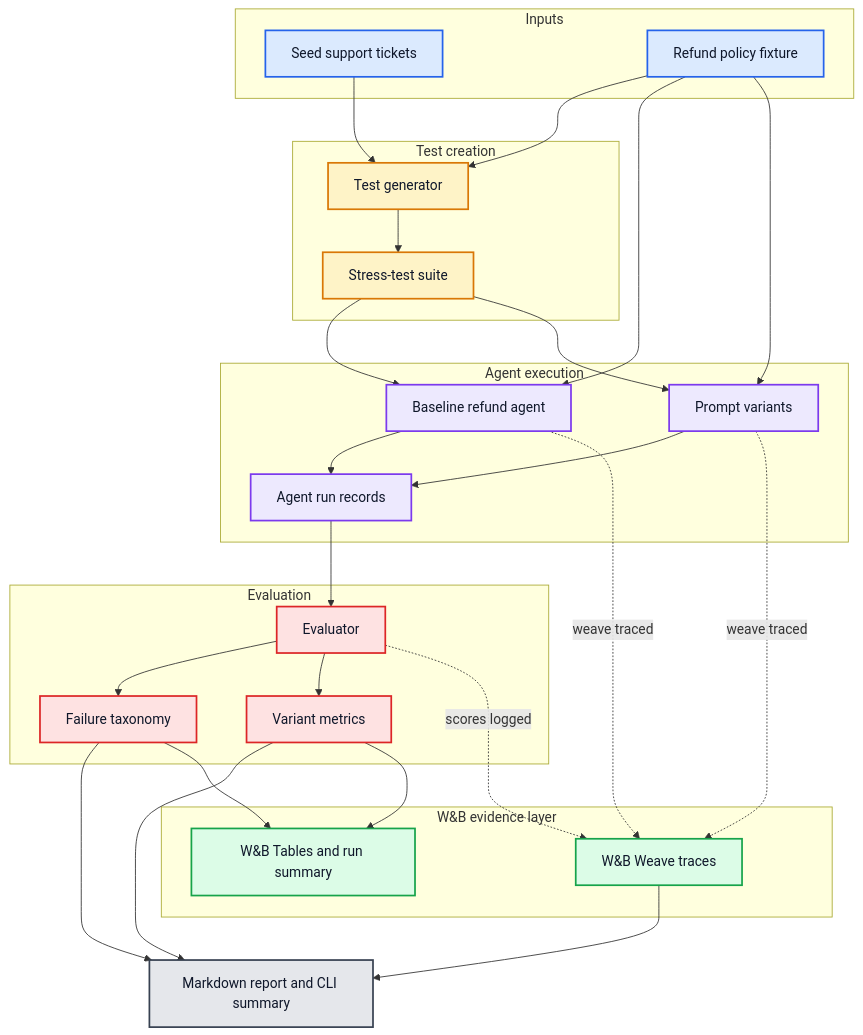
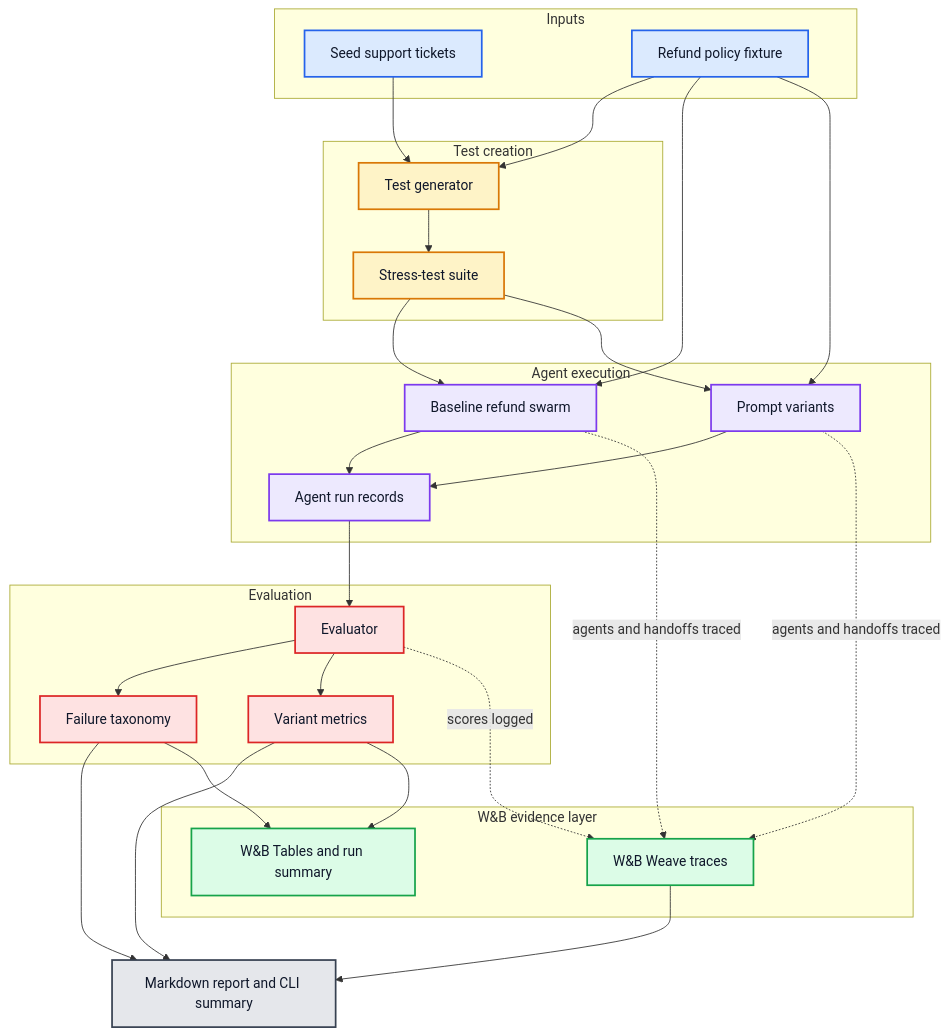
One commit to vyahhi/swarm-checkup changed the first of 2 diagrams in docs/how-it-works.md. Above: the diagram before and after it, drawn with Mermaid. The commit also changed other lines of this file and 20 other files, not shown here.

Commit message:
Add swarm support to agent checkup

````diff
--- a/docs/how-it-works.md
+++ b/docs/how-it-works.md
@@ -7,66 +7,66 @@
 ```mermaid
 flowchart TB
     subgraph Inputs[Inputs]
         A[Seed support tickets]
         P[Refund policy fixture]
     end
 
     subgraph TestCreation[Test creation]
         B[Test generator]
         C[Stress-test suite]
     end
 
     subgraph Execution[Agent execution]
-        D[Baseline refund agent]
+        D[Baseline refund swarm]
         E[Prompt variants]
         F[Agent run records]
     end
 
     subgraph Evaluation[Evaluation]
         G[Evaluator]
         H[Failure taxonomy]
         I[Variant metrics]
     end
 
     subgraph Evidence[W&B evidence layer]
         W[W&B Weave traces]
         K[W&B Tables and run summary]
     end
 
     J[Markdown report and CLI summary]
 
     A --> B
     P --> B
     B --> C
     C --> D
     C --> E
     P --> D
     P --> E
     D --> F
     E --> F
     F --> G
     G --> H
     G --> I
-    D -. "weave traced" .-> W
-    E -. "weave traced" .-> W
+    D -. "agents and handoffs traced" .-> W
+    E -. "agents and handoffs traced" .-> W
     G -. "scores logged" .-> W
     H --> J
     I --> J
     W --> J
     I --> K
     H --> K
 
     classDef input fill:#dbeafe,stroke:#2563eb,color:#0f172a,stroke-width:2px
     classDef generation fill:#fef3c7,stroke:#d97706,color:#0f172a,stroke-width:2px
     classDef execution fill:#ede9fe,stroke:#7c3aed,color:#0f172a,stroke-width:2px
     classDef evaluation fill:#fee2e2,stroke:#dc2626,color:#0f172a,stroke-width:2px
     classDef evidence fill:#dcfce7,stroke:#16a34a,color:#0f172a,stroke-width:2px
     classDef dashboard fill:#e5e7eb,stroke:#374151,color:#0f172a,stroke-width:2px
 
     class A,P input
     class B,C generation
     class D,E,F execution
     class G,H,I evaluation
     class W,K evidence
     class J dashboard
 ```
````
